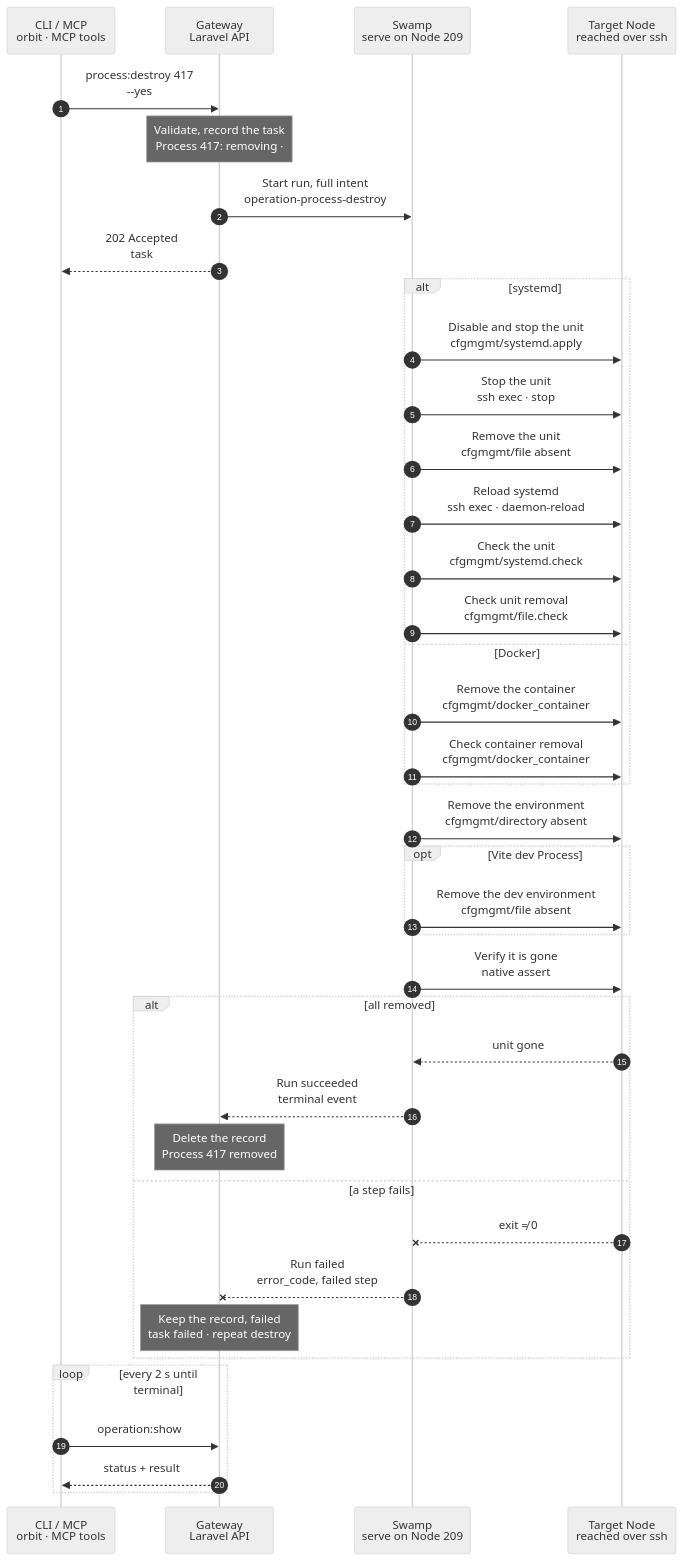
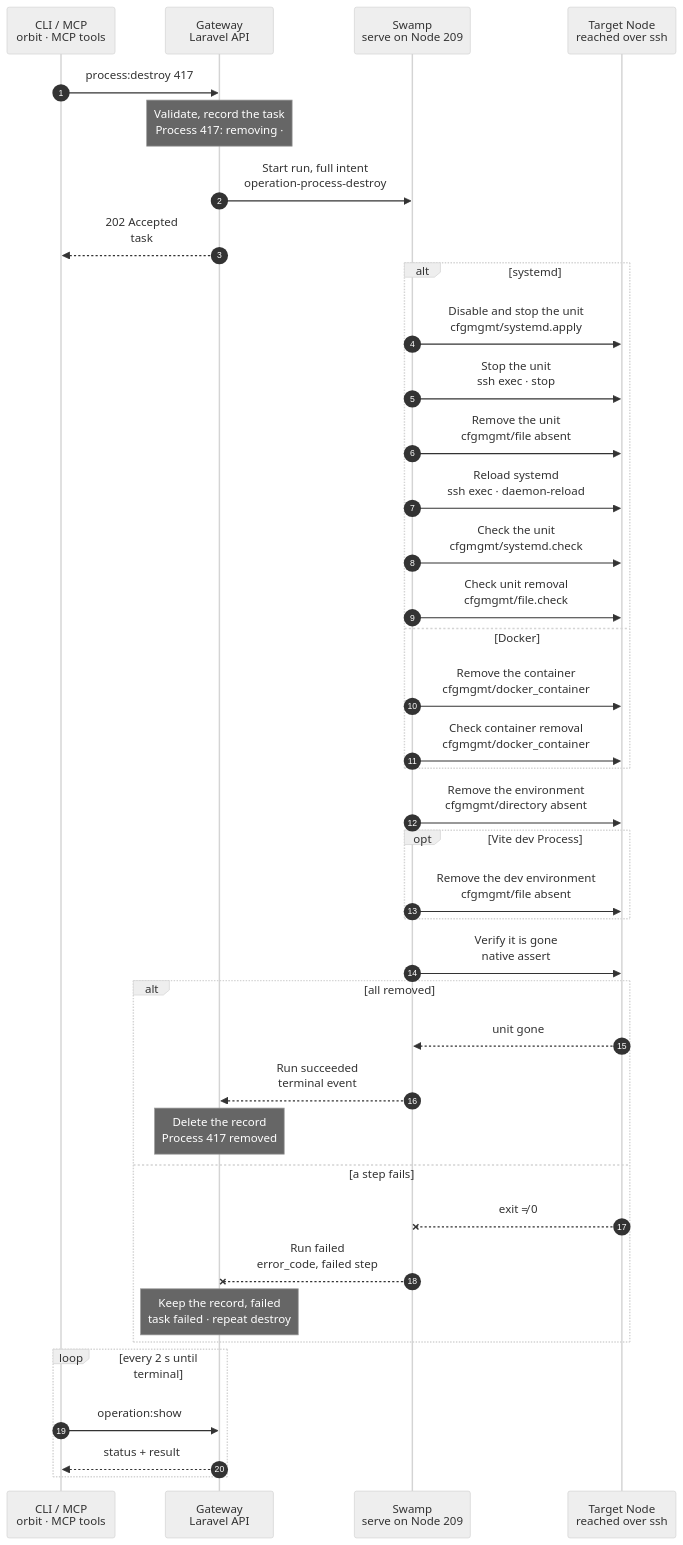
One commit to hardimpactdev/orbit changed the diagram in docs/cli/process/destroy.mmd. Above: the diagram before and after it, drawn with Mermaid (neutral theme). The commit also changed 5 other files, not shown here.

First line of the commit message:
docs(cli): draw process charts with a required-only main path

```diff
--- a/docs/cli/process/destroy.mmd
+++ b/docs/cli/process/destroy.mmd
@@ -1,97 +1,100 @@
 sequenceDiagram
   %% Target design: ADR 0244 task, DECISIONS 4 + R1-R4 (process.stop shape: 209, @swamp/ssh, full intent as inputs).
   %% Tightened: flow-tighten 2026-11-02, rules 1-22 (cfgmgmt absent applies, mirror of process:create, no shipped scripts, no report step).
+  %% Rule 23: 2026-11-03 required-only main path.
   %% status: migrated
   %% command: process:destroy
   %% kind: process.destroy
   autonumber
   %% lane CLI icon=terminal pill=caller tone=gray
   %% lane GW icon=gateway pill=intent tone=blue
   %% lane SW icon=workflow pill=executes tone=green
   %% lane N icon=server pill=target tone=amber
   participant CLI as CLI / MCP<br/>orbit · MCP tools
   participant GW as Gateway<br/>Laravel API
   participant SW as Swamp<br/>serve on Node 209
   participant N as Target Node<br/>reached over ssh
-  CLI->>GW: process:destroy 417<br/>--yes
+  CLI->>GW: process:destroy 417
   %%> Command:
-  %%> - `orbit process:destroy 417 --yes`
+  %%> - `orbit process:destroy 417`
   %%> - syntax: `process:destroy <process> [--project=ID] [--yes] [--idempotency-key=KEY] [--json]`
   %%> Input:
-  %%> - the numeric Process ID; `--yes` skips the confirmation
+  %%> - the numeric Process ID; the CLI asks for confirmation first
+  %%> Optional:
+  %%> - `--yes` skips the confirmation; `--idempotency-key` reuses a task start; `--json` returns JSON; none adds a step
   %%> Not handled here:
   %%> - `--project` removes a Project definition only; it starts no run (R1)
   %%> Who can call it:
   %%> - the `orbit` CLI and the MCP tool send the same request
   Note over GW: Validate, record the task<br/>Process 417: removing · #5130
   %%> Requirements:
   %%> - your Node has an access grant to the Process's Node
   %%> - no Route points to the Process, else `process.has_routes`
   %%> - the Process is not required by a Database server
   %%> Result:
   %%> - Process 417 marked removing; the record stays until the run succeeds
   %%> - task #5130 recorded with the full intent
   GW->>SW: Start run, full intent<br/>operation-process-destroy
   %%> What it does:
   %%> - starts one Swamp run on serve (Node 209); every step runs there
   %%> Inputs:
   %%> - `kind`: process.destroy
   %%> - the unit or container name and runtime, and for Vite the Instance environment path
   %%> - the Node's address and SSH host keys; the SSH identity comes from the `swamp` role
   %%> Checked by the input schema:
   %%> - no step reads or re-checks the intent
   GW-->>CLI: 202 Accepted<br/>task #5130
   %%> What you get:
   %%> - the task number, at once
   %%> Next:
   %%> - the CLI follows the task with `operation:show`
   alt systemd
     SW->>N: Disable and stop the unit<br/>cfgmgmt/systemd.apply
     SW->>N: Stop the unit<br/>ssh exec · stop
     SW->>N: Remove the unit<br/>cfgmgmt/file absent
     SW->>N: Reload systemd<br/>ssh exec · daemon-reload
     SW->>N: Check the unit<br/>cfgmgmt/systemd.check
     SW->>N: Check unit removal<br/>cfgmgmt/file.check
   else Docker
     SW->>N: Remove the container<br/>cfgmgmt/docker_container
     SW->>N: Check container removal<br/>cfgmgmt/docker_container
   end
   SW->>N: Remove the environment<br/>cfgmgmt/directory absent
   opt Vite dev Process
     SW->>N: Remove the dev environment<br/>cfgmgmt/file absent
   end
   SW->>N: Verify it is gone<br/>native assert
   %%> Asserts absent unit/container and stopped service; data volumes remain.
   alt all removed
     N-->>SW: unit gone
     %%> Returns:
     %%> - nothing of Process 417 is left on the Node
     SW-->>GW: Run succeeded<br/>terminal event
     %%> How the Gateway learns it:
     %%> - its shared run reader sees the terminal event and reads the end check's output; Swamp never calls the Gateway
     Note over GW: Delete the record<br/>Process 417 removed
     %%> Result:
     %%> - the Process record is deleted
     %%> - task #5130 succeeds
   else a step fails
     N--xSW: exit ≠ 0
     %%> When:
     %%> - SSH fails, or something of Process 417 is still there after the removal
     %%> How:
     %%> - the failing step ends the run with its own exit code; there is no report step
     SW--xGW: Run failed<br/>error_code, failed step
     %%> The Gateway reads:
     %%> - which step failed and its exit code, mapped to `error_code`
     Note over GW: Keep the record, failed<br/>task failed · repeat destroy
     %%> Result:
     %%> - Process 417 keeps its record, marked with the error code
     %%> - repeat `process:destroy` to converge
   end
   loop every 2 s until terminal
     CLI->>GW: operation:show #5130
     %%> What it does:
     %%> - asks for the task status every 2 seconds until it has ended
     GW-->>CLI: status + result
     %%> Returns:
     %%> - the current status, and the result once the task has ended
   end
```
